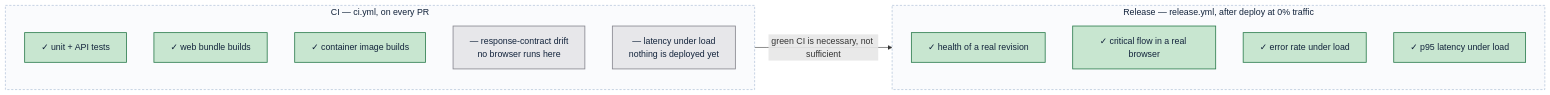
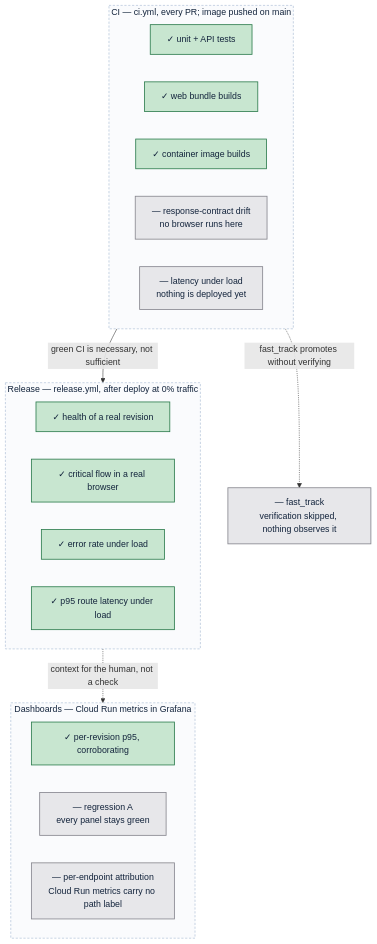
One commit to TryHarder01/release-agent-demo changed the seventh of 7 diagrams in ARCHITECTURE.md. Above: the diagram before and after it, drawn with Mermaid. The commit also changed other lines of this file, not shown here.

First line of the commit message:
Refresh ARCHITECTURE.md against 595e651

````diff
--- a/ARCHITECTURE.md
+++ b/ARCHITECTURE.md
@@ -319,26 +369,36 @@
 ```mermaid
-flowchart LR
-    subgraph ci["CI — ci.yml, on every PR"]
+flowchart TB
+    subgraph ci["CI — ci.yml, every PR; image pushed on main"]
         ci1["✓ unit + API tests"]
         ci2["✓ web bundle builds"]
         ci3["✓ container image builds"]
         ci4["— response-contract drift\nno browser runs here"]
         ci5["— latency under load\nnothing is deployed yet"]
     end
 
     subgraph rel["Release — release.yml, after deploy at 0% traffic"]
         r1["✓ health of a real revision"]
         r2["✓ critical flow in a real browser"]
         r3["✓ error rate under load"]
-        r4["✓ p95 latency under load"]
+        r4["✓ p95 route latency under load"]
     end
 
+    subgraph obs["Dashboards — Cloud Run metrics in Grafana"]
+        d1["✓ per-revision p95, corroborating"]
+        d2["— regression A\nevery panel stays green"]
+        d3["— per-endpoint attribution\nCloud Run metrics carry no path label"]
+    end
+
+    bypass["— fast_track\nverification skipped, nothing observes it"]
+
     ci -->|"green CI is necessary, not sufficient"| rel
+    rel -.->|"context for the human, not a check"| obs
+    ci -.->|"fast_track promotes without verifying"| bypass
 
     classDef pass  fill:#c8e6d0,stroke:#2e7d4f,stroke-width:1.5px,color:#12233b
     classDef blind fill:#e7e7ea,stroke:#87878f,stroke-width:1.5px,color:#12233b
     classDef boundary fill:#fafbfd,stroke:#9db2cd,stroke-width:1px,stroke-dasharray:4 3,color:#12233b
-    class ci1,ci2,ci3,r1,r2,r3,r4 pass
-    class ci4,ci5 blind
-    class ci,rel boundary
+    class ci1,ci2,ci3,r1,r2,r3,r4,d1 pass
+    class ci4,ci5,d2,d3,bypass blind
+    class ci,rel,obs boundary
 ```
````
